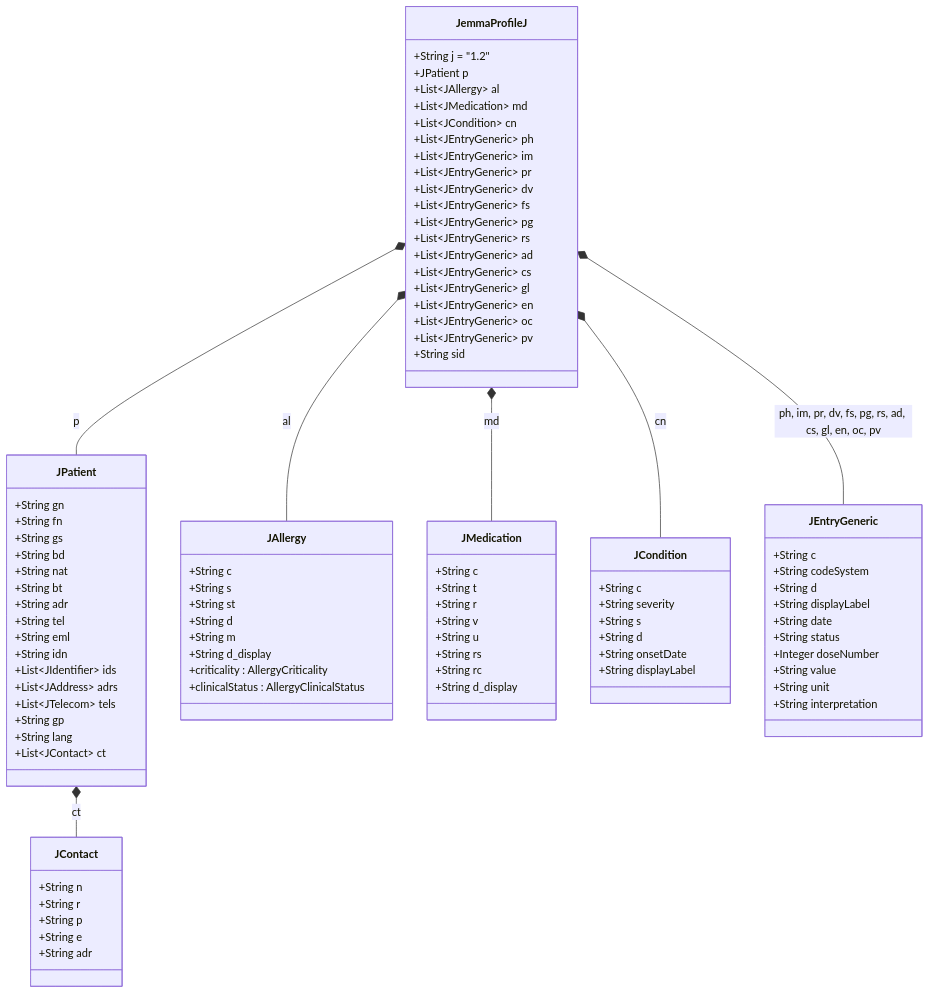
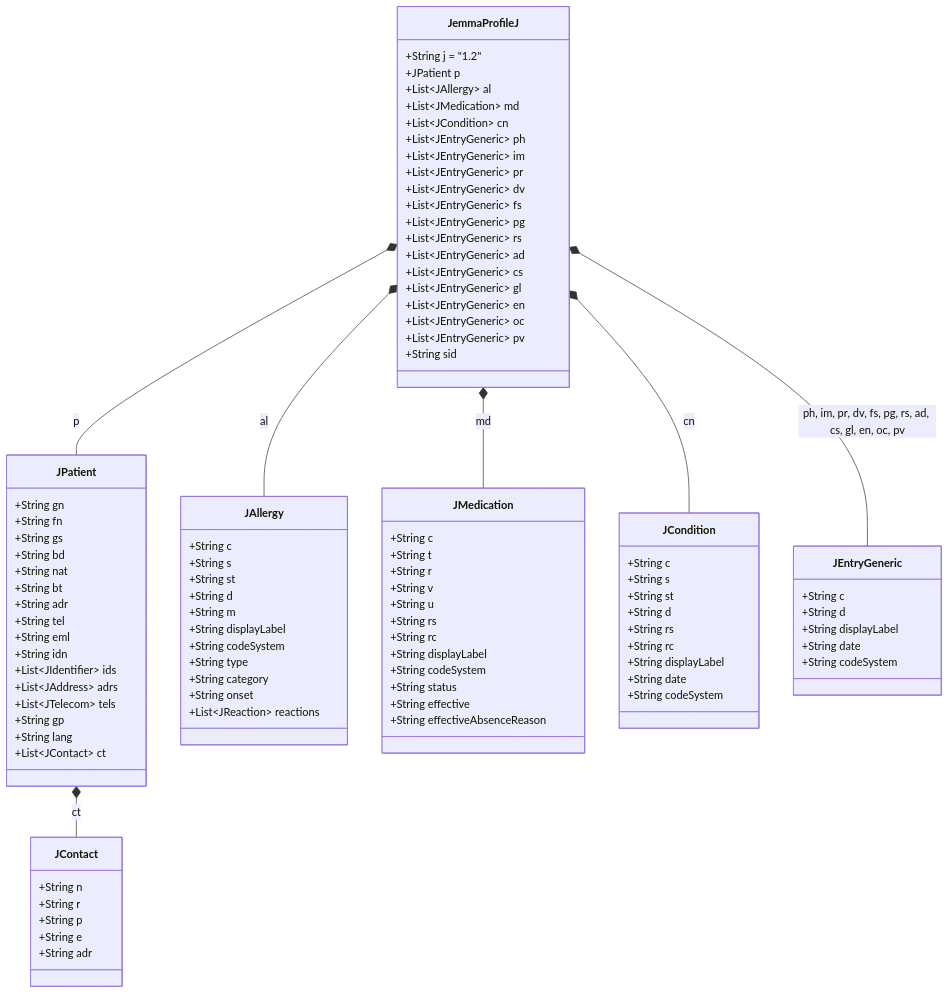
The fifth of 21 diagrams in docs/DOCUMENTATION_UML_FONCTIONNELLE.md (kurodohenroonsen/JemmaPass), drawn with Mermaid before and after one commit. The commit also changed other lines of this file and 1 other file, not shown here.

```diff
--- a/docs/DOCUMENTATION_UML_FONCTIONNELLE.md
+++ b/docs/DOCUMENTATION_UML_FONCTIONNELLE.md
@@ -275,9 +276,12 @@
         +String st
         +String d
         +String m
-        +String d_display
-        +criticality : AllergyCriticality
-        +clinicalStatus : AllergyClinicalStatus
+        +String displayLabel
+        +String codeSystem
+        +String type
+        +String category
+        +String onset
+        +List~JReaction~ reactions
     }
 
     class JMedication {
@@ -288,29 +292,31 @@
         +String u
         +String rs
         +String rc
-        +String d_display
+        +String displayLabel
+        +String codeSystem
+        +String status
+        +String effective
+        +String effectiveAbsenceReason
     }
 
     class JCondition {
         +String c
-        +String severity
         +String s
+        +String st
         +String d
-        +String onsetDate
+        +String rs
+        +String rc
         +String displayLabel
+        +String date
+        +String codeSystem
     }
 
     class JEntryGeneric {
         +String c
-        +String codeSystem
         +String d
         +String displayLabel
         +String date
-        +String status
-        +Integer doseNumber
-        +String value
-        +String unit
-        +String interpretation
+        +String codeSystem
     }
 
     JemmaProfileJ *-- JPatient : p
```
